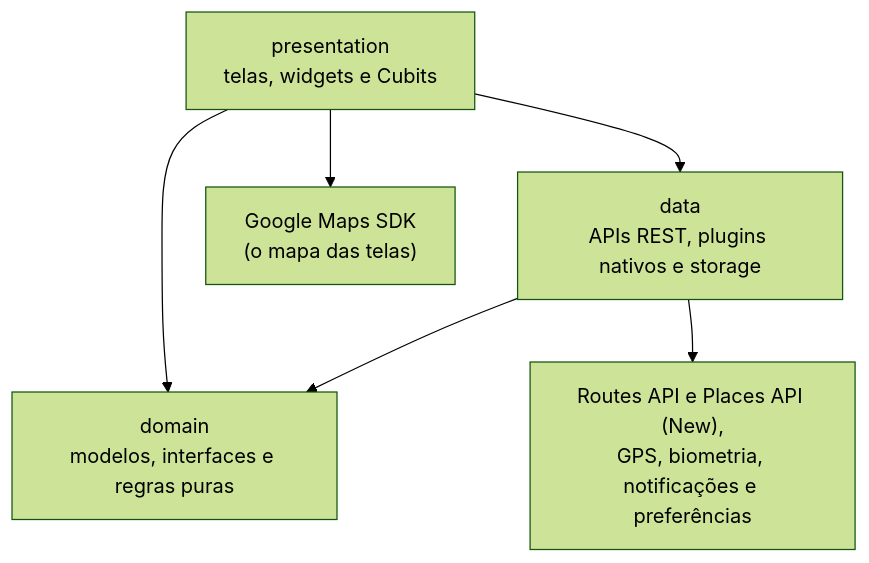
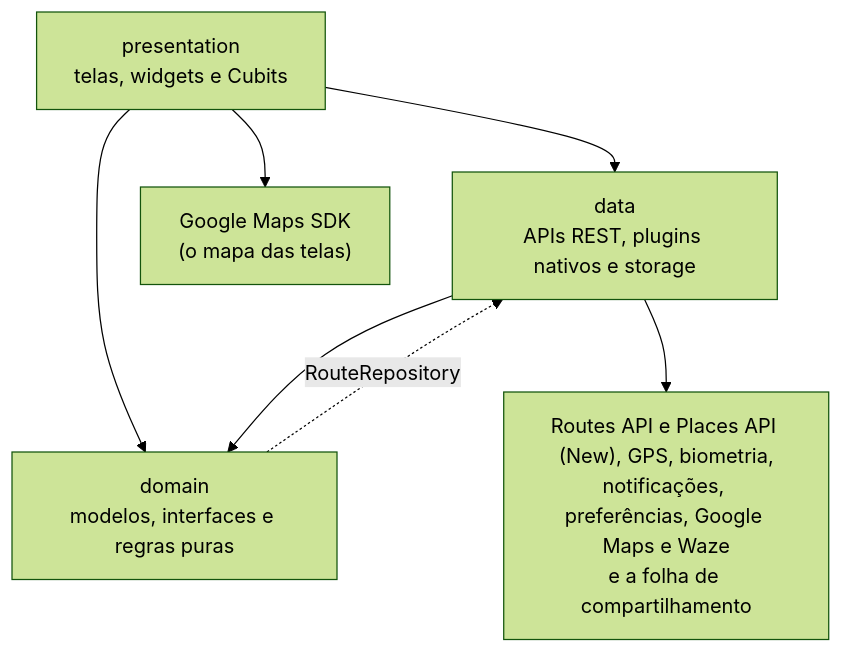
The first of 2 diagrams in README.md (Sancho18/routebreeze), drawn with Mermaid (forest theme) before and after one commit. The commit also changed other lines of this file, not shown here.

First line of the commit message:
docs: complete the layers diagram and the exit wording

````diff
--- a/README.md
+++ b/README.md
@@ -216,13 +216,14 @@
 ```mermaid
 flowchart TB
     presentation["presentation<br/>telas, widgets e Cubits"]
     data["data<br/>APIs REST, plugins nativos e storage"]
     domain["domain<br/>modelos, interfaces e regras puras"]
     maps["Google Maps SDK<br/>(o mapa das telas)"]
-    external["Routes API e Places API (New),<br/>GPS, biometria, notificações e preferências"]
+    external["Routes API e Places API (New), GPS, biometria,<br/>notificações, preferências, Google Maps e Waze<br/>e a folha de compartilhamento"]
     presentation --> data
     presentation --> domain
     data --> domain
+    domain -. "RouteRepository" .-> data
     presentation --> maps
     data --> external
 ```
````
